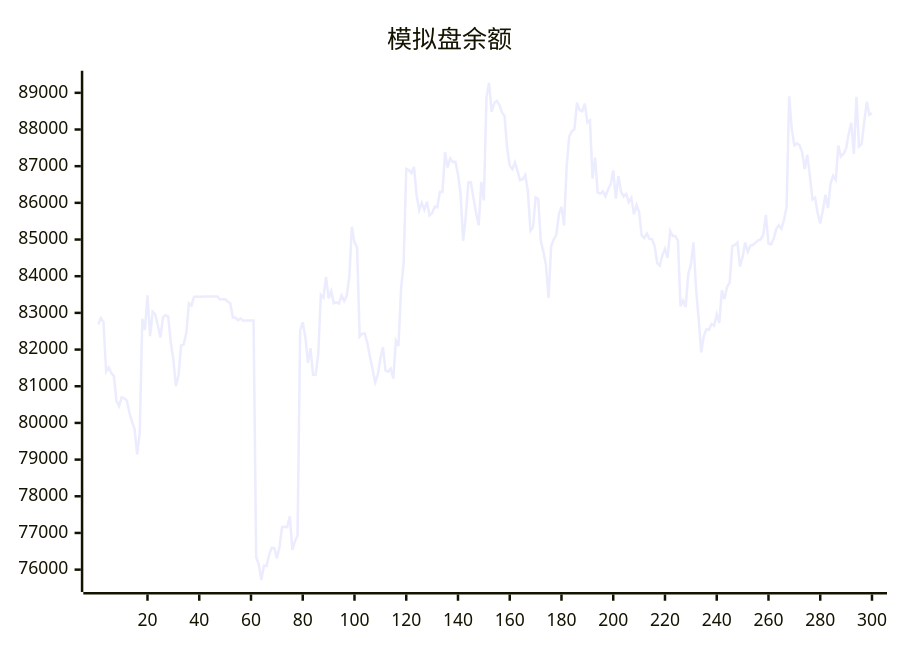
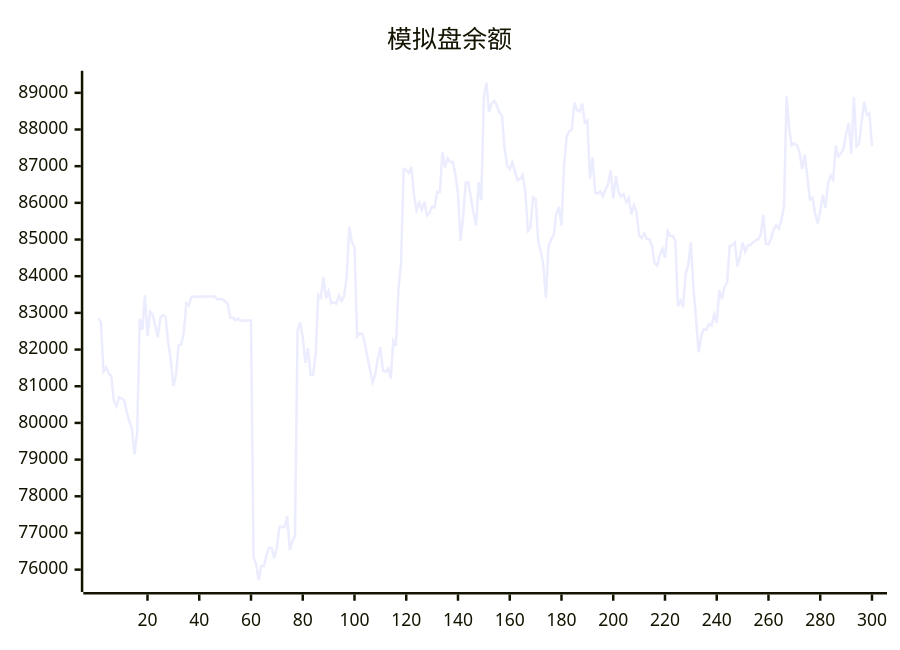
The diagram in README.md (aahl/ai-trading), drawn with Mermaid before and after one commit. The commit also changed other lines of this file and 1 other file, not shown here.

````diff
--- a/README.md
+++ b/README.md
@@ -5,5 +5,5 @@
 ```mermaid
 xychart
     title "模拟盘余额"
-    line [82682,82858,82746,81396,81512,81362,81277,80600,80461,80699,80673,80616,80288,80038,79836,79142,79722,82837,82533,83480,82366,83032,82960,82654,82330,82883,82934,82901,82188,81728,81005,81298,82110,82135,82449,83264,83203,83440,83439,83440,83440,83446,83447,83448,83447,83448,83449,83369,83369,83369,83313,83256,82872,82873,82801,82844,82785,82791,82791,82793,82794,76339,76145,75714,76110,76096,76397,76594,76585,76310,76607,77160,77170,77160,77456,76541,76774,76927,82520,82744,82337,81639,82040,81307,81314,81887,83490,83414,83984,83396,83594,83261,83287,83253,83470,83327,83465,83987,85348,84930,84786,82355,82433,82438,82167,81795,81466,81105,81315,81756,82064,81426,81398,81481,81210,82242,82099,83658,84359,86925,86892,86814,86980,86203,85802,86003,85811,86028,85657,85721,85896,85880,86300,86299,87378,86965,87214,87115,87118,86780,86238,84966,85623,86555,86562,86129,85722,85387,86569,86070,88870,89278,88477,88720,88781,88668,88467,88372,87493,87018,86917,87102,86870,86613,86644,86758,86317,85242,85334,86149,86106,84968,84671,84302,83410,84816,85001,85127,85693,85891,85384,87001,87811,87945,88007,88734,88528,88495,88705,88189,88248,86662,87234,86279,86251,86314,86177,86364,86503,86886,86114,86731,86310,86176,86240,86017,86136,85685,85938,85749,85111,85044,85164,85016,85008,84824,84354,84287,84572,84745,84500,85234,85096,85095,84970,83180,83338,83157,84070,84309,84922,83667,82850,81924,82369,82552,82539,82695,82648,82962,82728,83619,83378,83710,83825,84819,84854,84917,84265,84527,84919,84668,84834,84850,84916,84981,85004,85131,85674,84891,84864,85019,85284,85393,85294,85538,85894,88904,88012,87567,87625,87568,87386,86920,87313,86737,86094,86143,85725,85437,85787,86219,85859,86526,86740,86630,87563,87264,87335,87483,87886,88180,87335,88894,87544,87608,88207,88755,88401,88444]
+    line [82858,82746,81396,81512,81362,81277,80600,80461,80699,80673,80616,80288,80038,79836,79142,79722,82837,82533,83480,82366,83032,82960,82654,82330,82883,82934,82901,82188,81728,81005,81298,82110,82135,82449,83264,83203,83440,83439,83440,83440,83446,83447,83448,83447,83448,83449,83369,83369,83369,83313,83256,82872,82873,82801,82844,82785,82791,82791,82793,82794,76339,76145,75714,76110,76096,76397,76594,76585,76310,76607,77160,77170,77160,77456,76541,76774,76927,82520,82744,82337,81639,82040,81307,81314,81887,83490,83414,83984,83396,83594,83261,83287,83253,83470,83327,83465,83987,85348,84930,84786,82355,82433,82438,82167,81795,81466,81105,81315,81756,82064,81426,81398,81481,81210,82242,82099,83658,84359,86925,86892,86814,86980,86203,85802,86003,85811,86028,85657,85721,85896,85880,86300,86299,87378,86965,87214,87115,87118,86780,86238,84966,85623,86555,86562,86129,85722,85387,86569,86070,88870,89278,88477,88720,88781,88668,88467,88372,87493,87018,86917,87102,86870,86613,86644,86758,86317,85242,85334,86149,86106,84968,84671,84302,83410,84816,85001,85127,85693,85891,85384,87001,87811,87945,88007,88734,88528,88495,88705,88189,88248,86662,87234,86279,86251,86314,86177,86364,86503,86886,86114,86731,86310,86176,86240,86017,86136,85685,85938,85749,85111,85044,85164,85016,85008,84824,84354,84287,84572,84745,84500,85234,85096,85095,84970,83180,83338,83157,84070,84309,84922,83667,82850,81924,82369,82552,82539,82695,82648,82962,82728,83619,83378,83710,83825,84819,84854,84917,84265,84527,84919,84668,84834,84850,84916,84981,85004,85131,85674,84891,84864,85019,85284,85393,85294,85538,85894,88904,88012,87567,87625,87568,87386,86920,87313,86737,86094,86143,85725,85437,85787,86219,85859,86526,86740,86630,87563,87264,87335,87483,87886,88180,87335,88894,87544,87608,88207,88755,88401,88444,87543]
 ```
````
